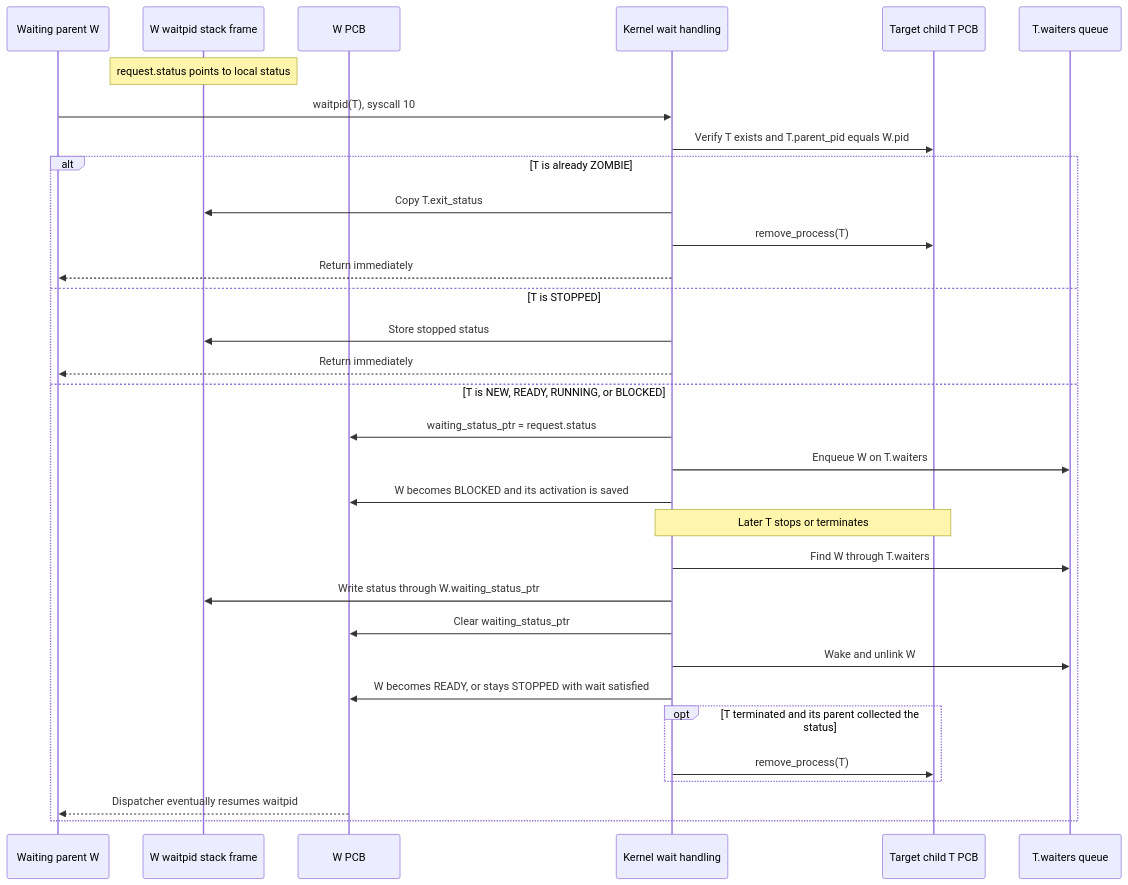
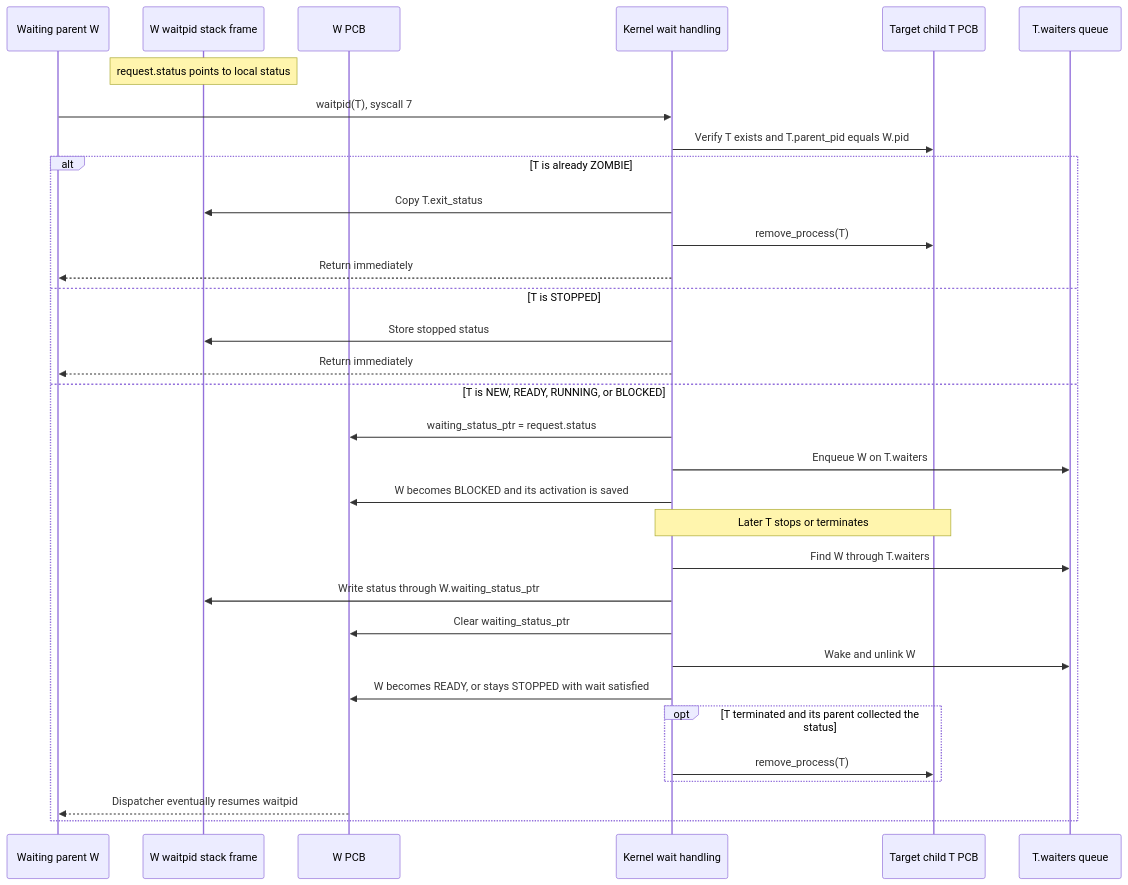
One commit to matthejue/Pico-OS changed diagram 14 of 30 in README.md. Above: the diagram before and after it, drawn with Mermaid. The commit also changed other lines of this file and 8 other files, not shown here.

````diff
--- a/README.md
+++ b/README.md
@@ -2046,35 +2043,35 @@
 ```mermaid
 sequenceDiagram
     participant W as Waiting parent W
     participant WS as W waitpid stack frame
     participant WP as W PCB
     participant K as Kernel wait handling
     participant TP as Target child T PCB
     participant TQ as T.waiters queue
 
     Note over WS: request.status points to local status
-    W->>K: waitpid(T), syscall 10
+    W->>K: waitpid(T), syscall 7
     K->>TP: Verify T exists and T.parent_pid equals W.pid
     alt T is already ZOMBIE
         K->>WS: Copy T.exit_status
         K->>TP: remove_process(T)
         K-->>W: Return immediately
     else T is STOPPED
         K->>WS: Store stopped status
         K-->>W: Return immediately
     else T is NEW, READY, RUNNING, or BLOCKED
         K->>WP: waiting_status_ptr = request.status
         K->>TQ: Enqueue W on T.waiters
         K->>WP: W becomes BLOCKED and its activation is saved
         Note over K,TP: Later T stops or terminates
         K->>TQ: Find W through T.waiters
         K->>WS: Write status through W.waiting_status_ptr
         K->>WP: Clear waiting_status_ptr
         K->>TQ: Wake and unlink W
         K->>WP: W becomes READY, or stays STOPPED with wait satisfied
         opt T terminated and its parent collected the status
             K->>TP: remove_process(T)
         end
         WP-->>W: Dispatcher eventually resumes waitpid
     end
 ```
````
